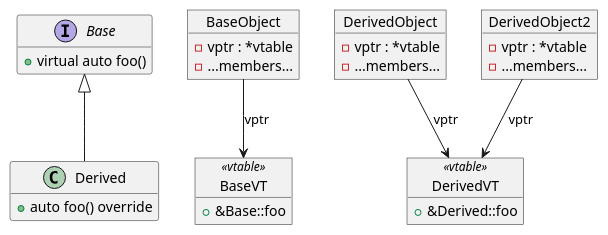
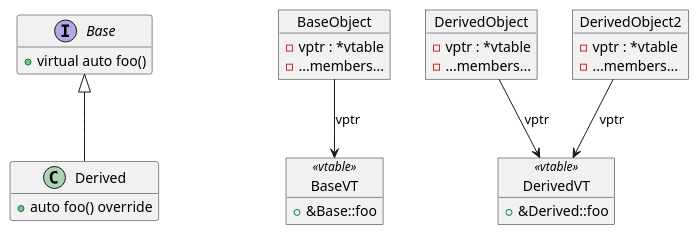
One commit to david-alvarez-rosa/personal-website changed the diagram in posts.org. Above: the diagram before and after it, drawn with PlantUML. The commit also changed other lines of this file, not shown here.

```diff
--- a/posts.org
+++ b/posts.org
@@ -138,44 +146,47 @@
 #+begin_src plantuml :file diagram.png
   @startuml
 
   hide empty members
 
   interface Base {
     + virtual auto foo()
   }
 
   class Derived {
     + auto foo() override
   }
 
   Base <|-- Derived
+
+  class ZZZ
+  hide ZZZ
 
   object BaseVT <<vtable>> {
     + &Base::foo
   }
 
   object DerivedVT <<vtable>> {
     + &Derived::foo
   }
 
   object BaseObject {
     - vptr : *vtable
     - ...members...
   }
 
   object DerivedObject {
     - vptr : *vtable
     - ...members...
   }
 
   object DerivedObject2 {
     - vptr : *vtable
     - ...members...
   }
 
   BaseObject --> BaseVT : vptr
   DerivedObject --> DerivedVT : vptr
   DerivedObject2 --> DerivedVT : vptr
 
   @enduml
 #+end_src
```
